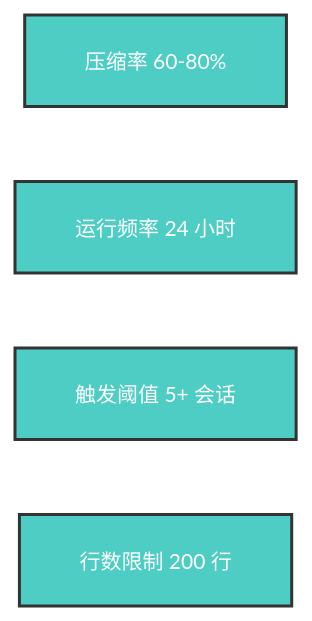
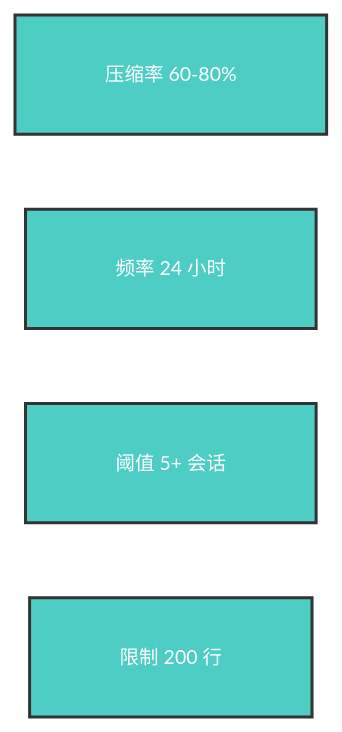
Diagram 11 of 11 in docs/research/claude-code-auto-dream.md (yufengyuanx/blog), drawn with Mermaid before and after one commit. The commit also changed other lines of this file, not shown here.

Commit message:
fix: 最终优化 Mermaid 图表（13px 字体 + 10px 边距 + 30px padding + 精简文字）

````diff
--- a/docs/research/claude-code-auto-dream.md
+++ b/docs/research/claude-code-auto-dream.md
@@ -661,13 +654,13 @@
 ```mermaid
-%%{init: {'theme': 'default', 'themeVariables': { 'fontSize': '14px', 'nodeBorder': '#2c3e50', 'clusterBkg': '#f8f9fa', 'nodeTextMargin': 4 }, 'flowchart': { 'curve': 'basis', 'padding': 20 }}}%%
+%%{init: {'theme': 'default', 'themeVariables': { 'fontSize': '13px', 'nodeBorder': '#2c3e50', 'clusterBkg': '#f8f9fa', 'nodeTextMargin': 10 }, 'flowchart': { 'curve': 'basis', 'padding': 30 }}}%%
 graph LR
     A[压缩率 60-80%] 
-    B[运行频率 24 小时]
-    C[触发阈值 5+ 会话]
-    D[行数限制 200 行]
+    B[频率 24 小时]
+    C[阈值 5+ 会话]
+    D[限制 200 行]
     
     style A fill:#4ecdc4,color:#fff,stroke:#333,stroke-width:2px
     style B fill:#4ecdc4,color:#fff,stroke:#333,stroke-width:2px
     style C fill:#4ecdc4,color:#fff,stroke:#333,stroke-width:2px
     style D fill:#4ecdc4,color:#fff,stroke:#333,stroke-width:2px
 ```
````
